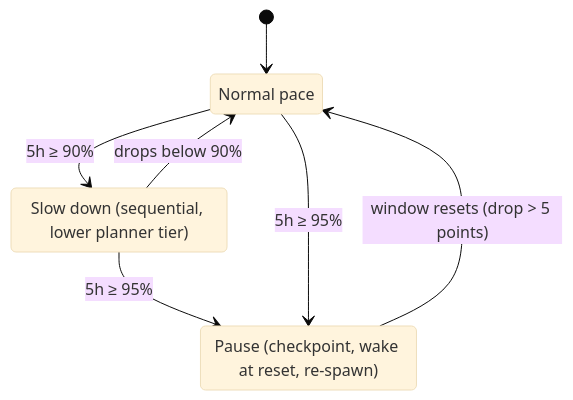
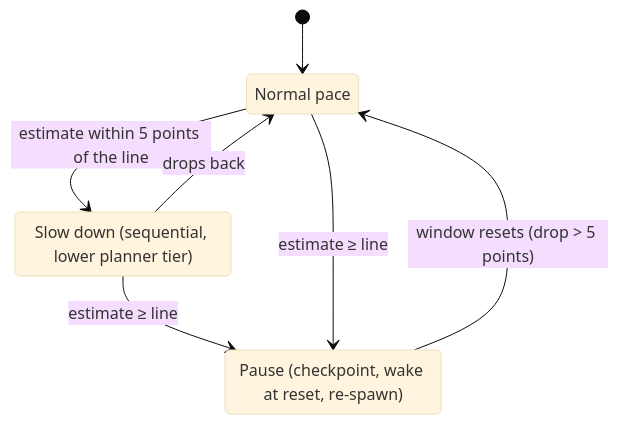
Before and after one commit to ijat/orch: the fifth of 6 diagrams in README.md, drawn with Mermaid (base theme). The commit also changed other lines of this file, not shown here.

Commit message:
README: usage pacing is a dynamic stop line with a live estimate

````diff
--- a/README.md
+++ b/README.md
@@ -215,12 +219,12 @@
 ```mermaid
 stateDiagram-v2
     [*] --> Normal
-    Normal --> Warn: 5h ≥ 90%
-    Warn --> Normal: drops below 90%
-    Warn --> Paused: 5h ≥ 95%
-    Normal --> Paused: 5h ≥ 95%
+    Normal --> Warn: estimate within 5 points of the line
+    Warn --> Normal: drops back
+    Warn --> Paused: estimate ≥ line
+    Normal --> Paused: estimate ≥ line
     Paused --> Normal: window resets (drop > 5 points)
     Normal: Normal pace
     Warn: Slow down (sequential, lower planner tier)
     Paused: Pause (checkpoint, wake at reset, re-spawn)
 ```
````
